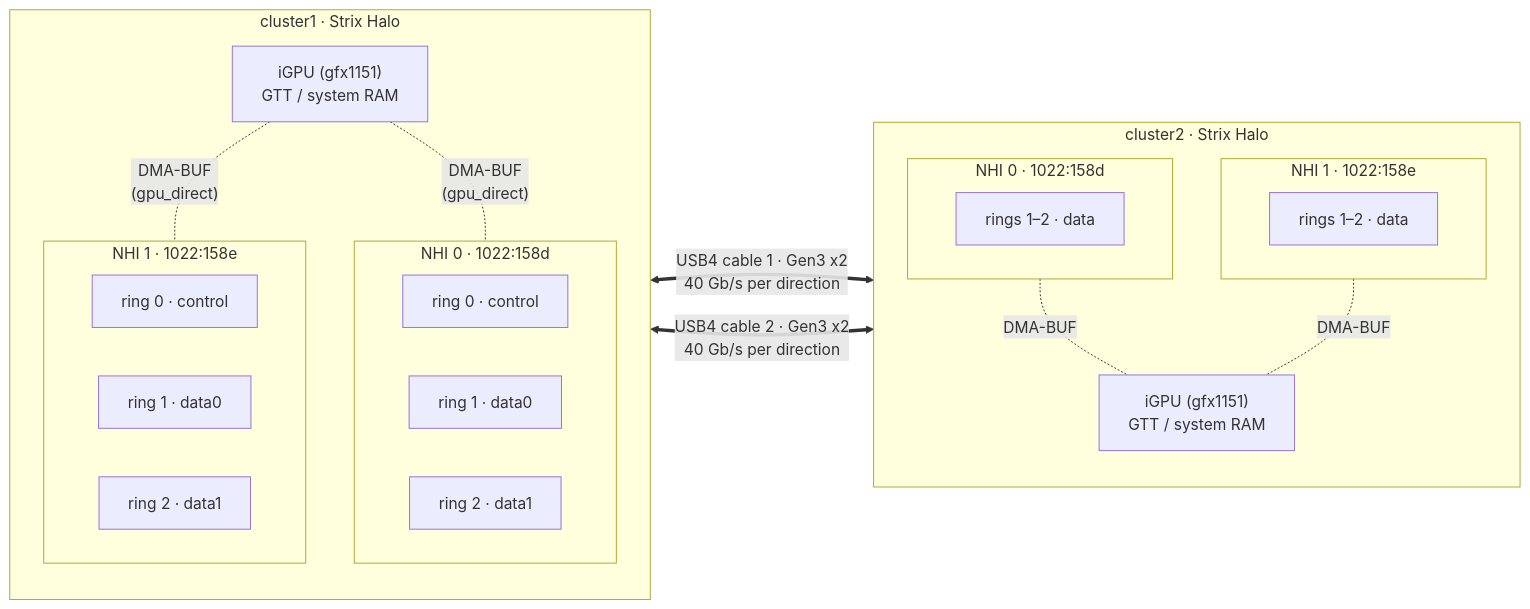
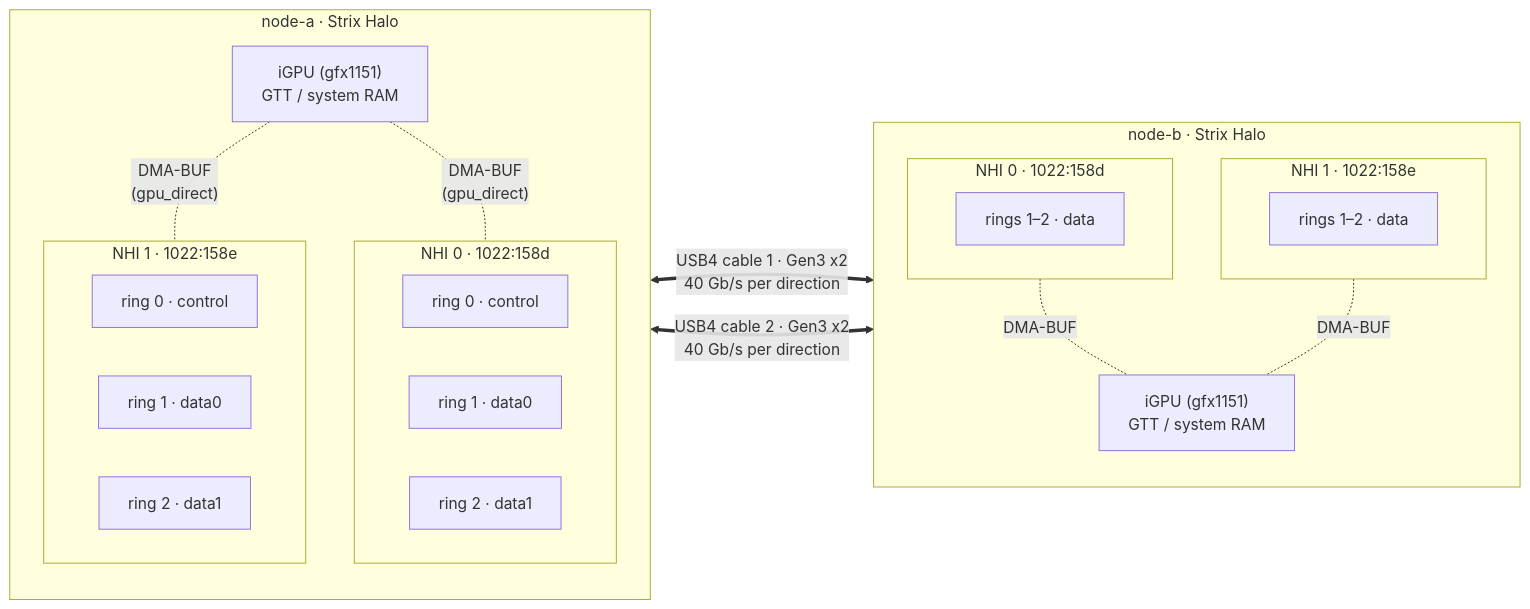
The first of 7 diagrams in README.md (hyukudan/strix-halo-usb4-driver), drawn with Mermaid before and after one commit. The commit also changed other lines of this file and 12 other files, not shown here.

````diff
--- a/README.md
+++ b/README.md
@@ -124,33 +124,33 @@
 ```mermaid
 flowchart LR
-    subgraph A["cluster1 · Strix Halo"]
+    subgraph A["node-a · Strix Halo"]
         direction TB
         GA["iGPU (gfx1151)<br/>GTT / system RAM"]
         subgraph NA0["NHI 0 · 1022:158d"]
             A0c["ring 0 · control"]
             A0d1["ring 1 · data0"]
             A0d2["ring 2 · data1"]
         end
         subgraph NA1["NHI 1 · 1022:158e"]
             A1c["ring 0 · control"]
             A1d1["ring 1 · data0"]
             A1d2["ring 2 · data1"]
         end
         GA -. "DMA-BUF<br/>(gpu_direct)" .- NA0
         GA -. "DMA-BUF<br/>(gpu_direct)" .- NA1
     end
-    subgraph B["cluster2 · Strix Halo"]
+    subgraph B["node-b · Strix Halo"]
         direction TB
         subgraph NB0["NHI 0 · 1022:158d"]
             B0d["rings 1–2 · data"]
         end
         subgraph NB1["NHI 1 · 1022:158e"]
             B1d["rings 1–2 · data"]
         end
         GB["iGPU (gfx1151)<br/>GTT / system RAM"]
         NB0 -. DMA-BUF .- GB
         NB1 -. DMA-BUF .- GB
     end
     NA0 <== "USB4 cable 1 · Gen3 x2<br/>40 Gb/s per direction" ==> NB1
     NA1 <== "USB4 cable 2 · Gen3 x2<br/>40 Gb/s per direction" ==> NB0
 ```
````
